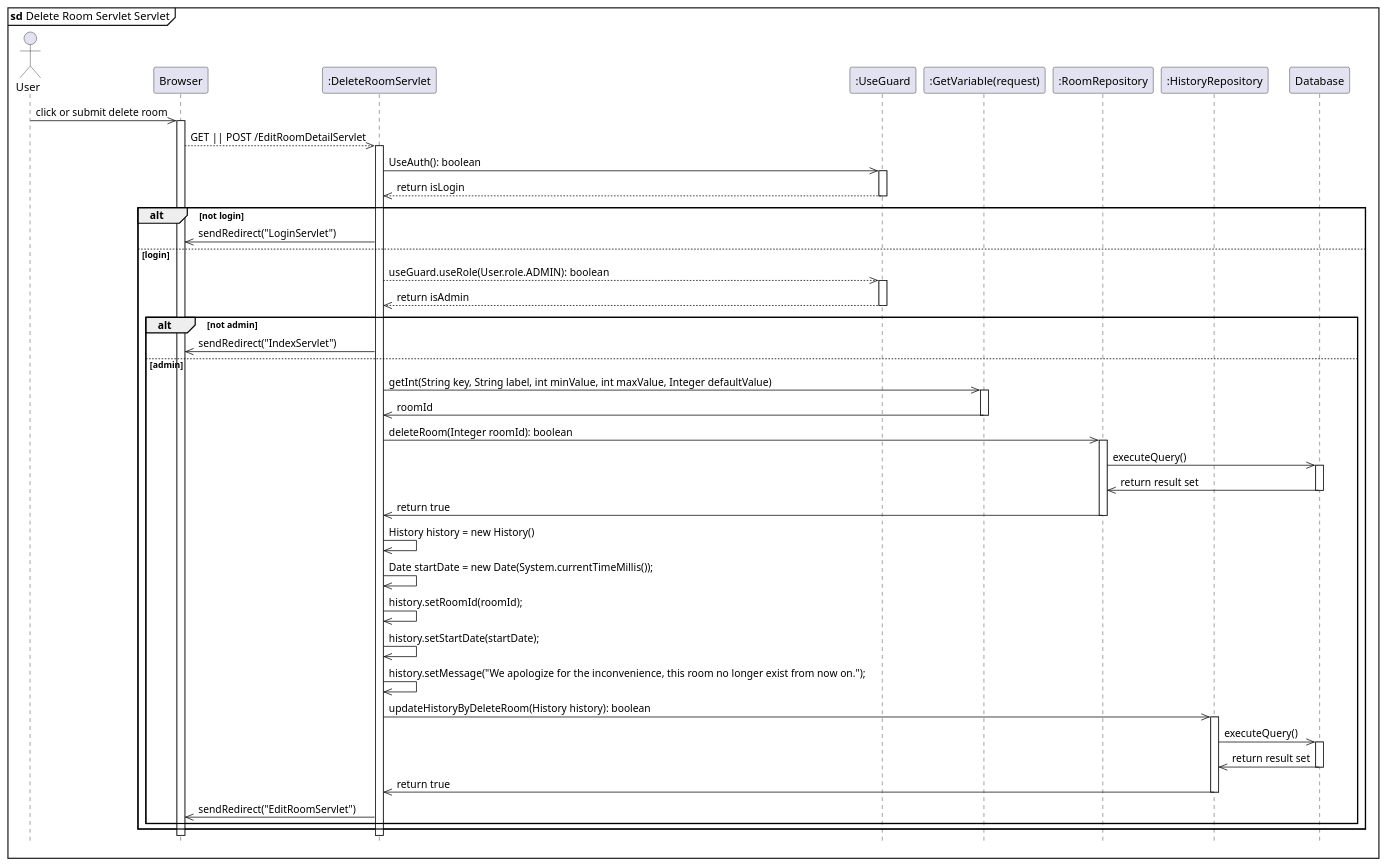
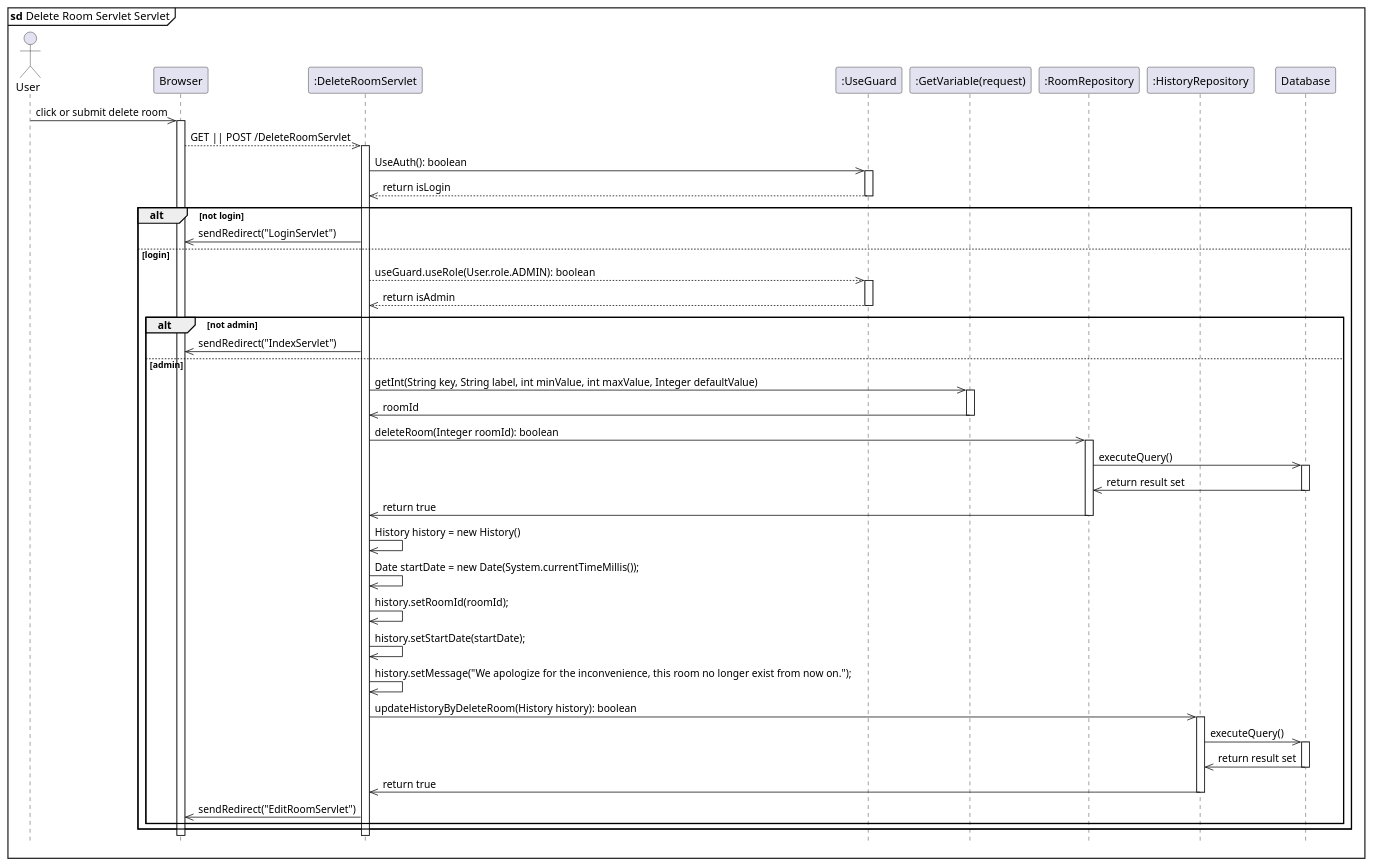
Before and after one commit to kainesv86/HKCBooking: the diagram in diagram/DeleteRoomServlet.puml, drawn with PlantUML. The commit also changed 18 other files, not shown here.

```diff
--- a/diagram/DeleteRoomServlet.puml
+++ b/diagram/DeleteRoomServlet.puml
@@ -1,62 +1,62 @@
 hide footbox
 mainframe <b>sd</b> Delete Room Servlet Servlet
 actor User
 participant "Browser" as Browser
 participant ":DeleteRoomServlet" as DeleteRoomServlet 
 participant ":UseGuard" as UseGuard
 participant ":GetVariable(request)" as GetVariable
 participant ":RoomRepository" as RoomRepository 
 participant ":HistoryRepository" as HistoryRepository 
 participant "Database" as Database
 
 User ->> Browser: click or submit delete room
 activate Browser
-    Browser -->> DeleteRoomServlet: GET || POST /EditRoomDetailServlet
+    Browser -->> DeleteRoomServlet: GET || POST /DeleteRoomServlet
     activate DeleteRoomServlet
         DeleteRoomServlet ->> UseGuard: UseAuth(): boolean
         activate UseGuard
             UseGuard -->> DeleteRoomServlet: return isLogin
         deactivate UseGuard
     
         alt not login 
             DeleteRoomServlet ->> Browser: sendRedirect("LoginServlet")
         else login
             DeleteRoomServlet -->> UseGuard: useGuard.useRole(User.role.ADMIN): boolean
             activate UseGuard
                 UseGuard -->> DeleteRoomServlet: return isAdmin
             deactivate UseGuard
             alt not admin 
                 DeleteRoomServlet ->> Browser: sendRedirect("IndexServlet")
             else admin
                 DeleteRoomServlet ->> GetVariable: getInt(String key, String label, int minValue, int maxValue, Integer defaultValue)
                 activate GetVariable
                     GetVariable ->> DeleteRoomServlet: roomId
                 deactivate GetVariable
 
                 DeleteRoomServlet ->> RoomRepository: deleteRoom(Integer roomId): boolean
                 activate RoomRepository
                     RoomRepository ->> Database: executeQuery()
                         activate Database 
                             Database ->> RoomRepository: return result set
                         deactivate Database
                     RoomRepository ->> DeleteRoomServlet: return true
                 deactivate RoomRepository
 
                 DeleteRoomServlet ->> DeleteRoomServlet: History history = new History()
                 DeleteRoomServlet ->> DeleteRoomServlet: Date startDate = new Date(System.currentTimeMillis());  
                 DeleteRoomServlet ->> DeleteRoomServlet: history.setRoomId(roomId);
                 DeleteRoomServlet ->> DeleteRoomServlet: history.setStartDate(startDate);
                 DeleteRoomServlet ->> DeleteRoomServlet: history.setMessage("We apologize for the inconvenience, this room no longer exist from now on.");
 
                 DeleteRoomServlet ->> HistoryRepository: updateHistoryByDeleteRoom(History history): boolean
                 activate HistoryRepository
                     HistoryRepository ->> Database: executeQuery()
                         activate Database 
                             Database ->> HistoryRepository: return result set
                         deactivate Database
                     HistoryRepository ->> DeleteRoomServlet: return true  
                 deactivate HistoryRepository 
 
                 DeleteRoomServlet ->> Browser: sendRedirect("EditRoomServlet")
             end
         end
```
